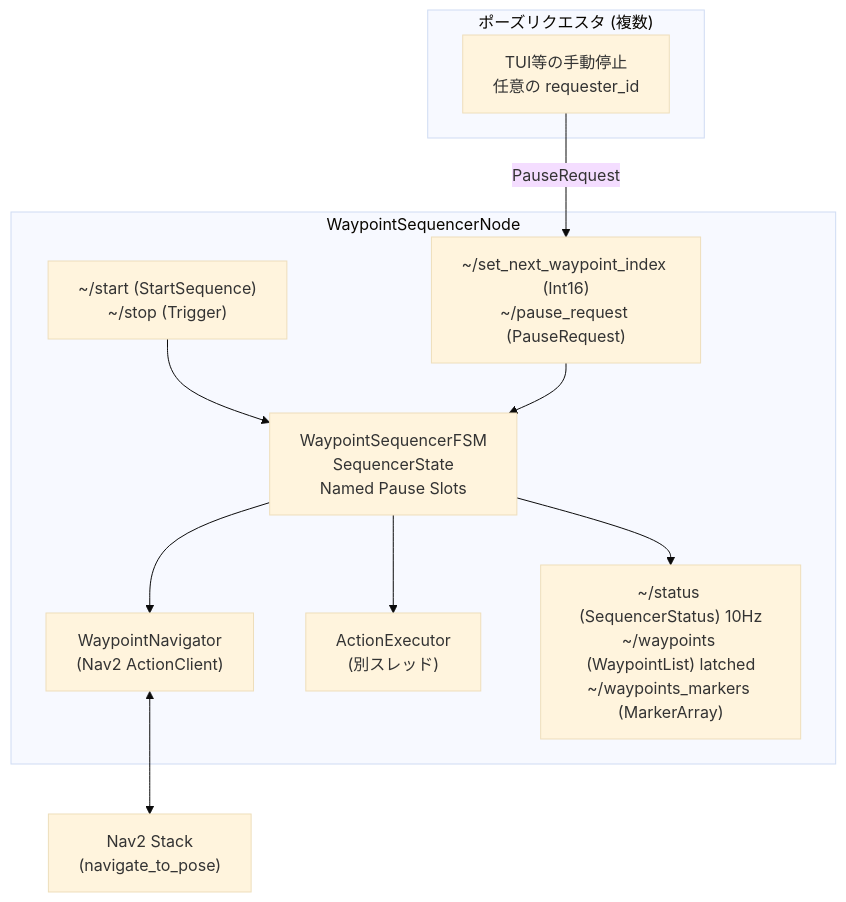
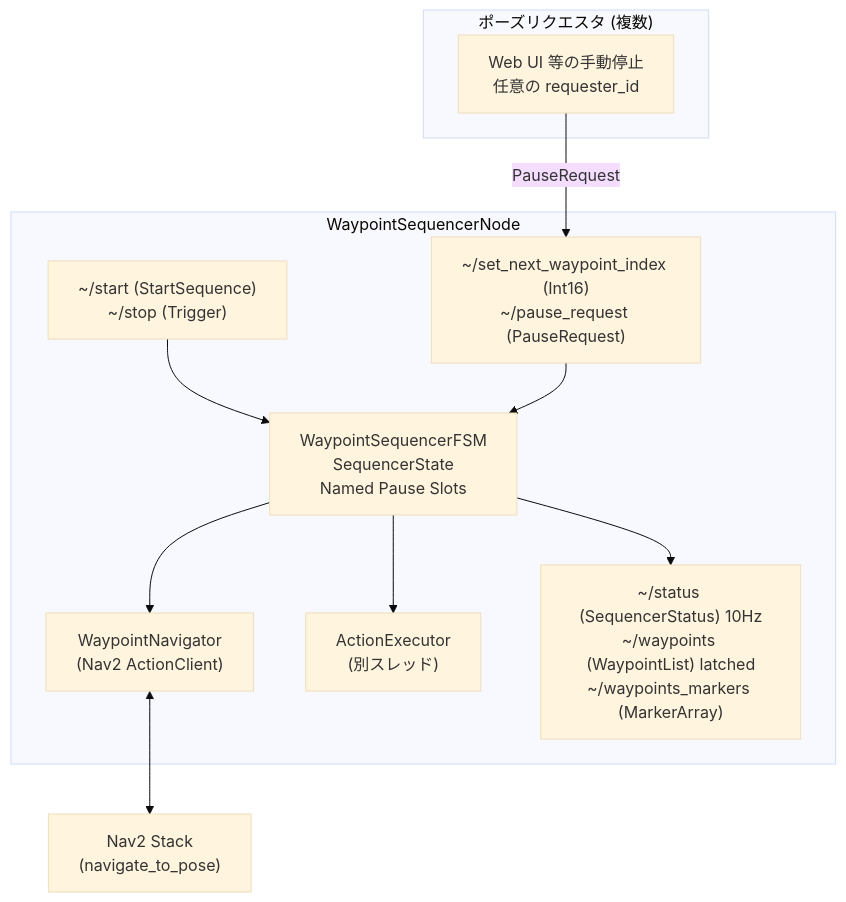
Before and after one commit to MetroGlide/mg_robot: the first of 2 diagrams in mg_waypoint_navigation/doc/architecture.md, drawn with Mermaid (base theme). The commit also changed other lines of this file and 1 other file, not shown here.

Commit message:
docs(mg_waypoint_navigation): README を新設し、architecture.md の構成と表を直す

````diff
--- a/mg_waypoint_navigation/doc/architecture.md
+++ b/mg_waypoint_navigation/doc/architecture.md
@@ -47,25 +54,25 @@
 ```mermaid
 graph TD
     subgraph Requesters["ポーズリクエスタ (複数)"]
-        OR["TUI等の手動停止\n任意の requester_id"]
+        OR["Web UI 等の手動停止\n任意の requester_id"]
     end
 
     subgraph WSN["WaypointSequencerNode"]
         SVC["~/start (StartSequence)\n~/stop (Trigger)"]
         SUB["~/set_next_waypoint_index (Int16)\n~/pause_request (PauseRequest)"]
         FSM["WaypointSequencerFSM\nSequencerState\nNamed Pause Slots"]
         NAV["WaypointNavigator\n(Nav2 ActionClient)"]
         EXEC["ActionExecutor\n(別スレッド)"]
         PUB["~/status (SequencerStatus) 10Hz\n~/waypoints (WaypointList) latched\n~/waypoints_markers (MarkerArray)"]
     end
 
     Nav2["Nav2 Stack\n(navigate_to_pose)"]
 
     OR -- "PauseRequest" --> SUB
     SVC --> FSM
     SUB --> FSM
     FSM --> NAV
     FSM --> EXEC
     FSM --> PUB
     NAV <--> Nav2
 ```
````
